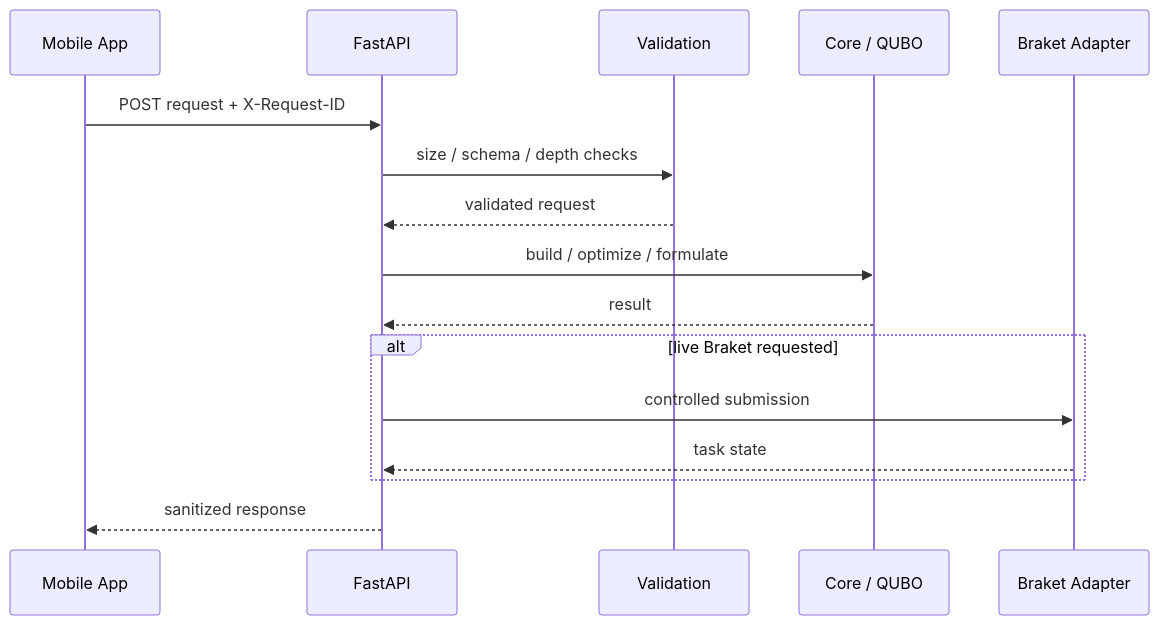
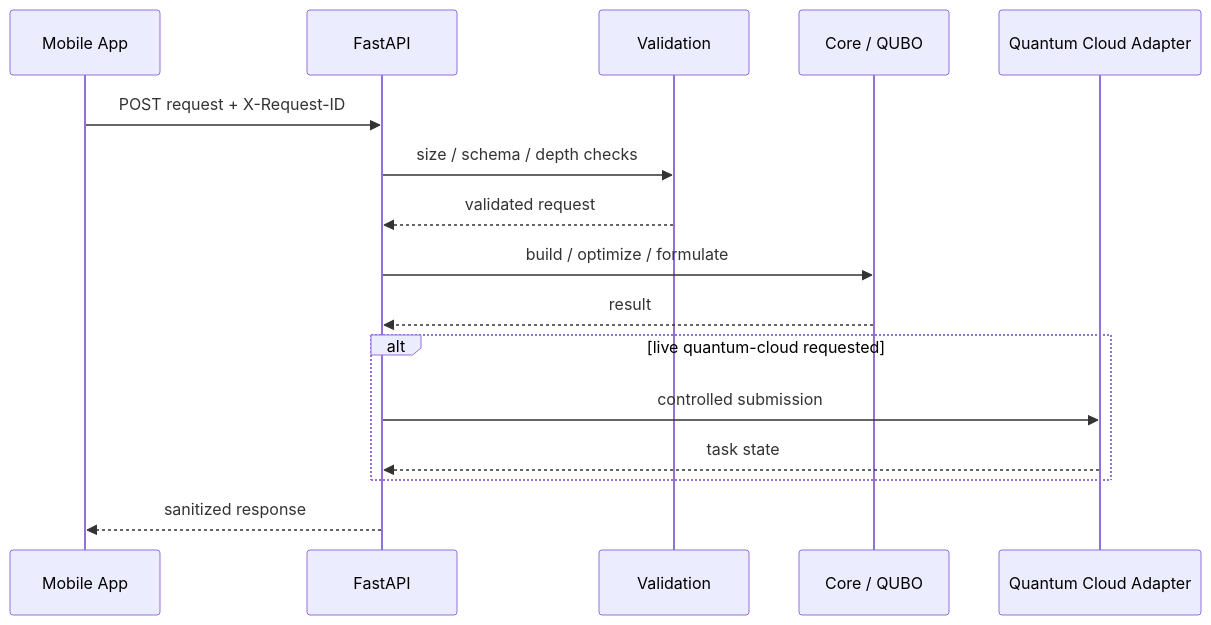
The ninth of 17 diagrams in README.md (lucylow/quantum-roi-business), drawn with Mermaid before and after one commit. The commit also changed other lines of this file, not shown here.

````diff
--- a/README.md
+++ b/README.md
@@ -1387,19 +1382,19 @@
 ```mermaid
 sequenceDiagram
     participant M as Mobile App
     participant API as FastAPI
     participant V as Validation
     participant C as Core / QUBO
-    participant B as Braket Adapter
+    participant B as Quantum Cloud Adapter
 
     M->>API: POST request + X-Request-ID
     API->>V: size / schema / depth checks
     V-->>API: validated request
     API->>C: build / optimize / formulate
     C-->>API: result
-    alt live Braket requested
+    alt live quantum-cloud requested
         API->>B: controlled submission
         B-->>API: task state
     end
     API-->>M: sanitized response
 ```
````
